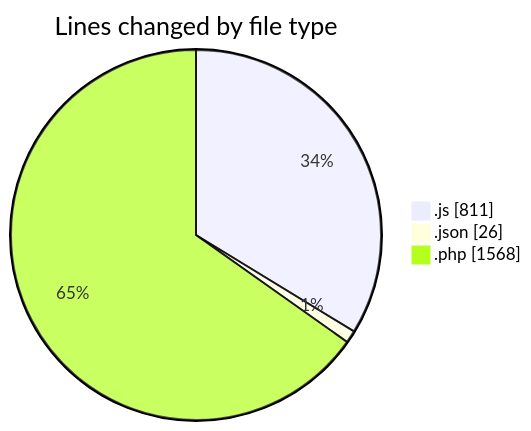
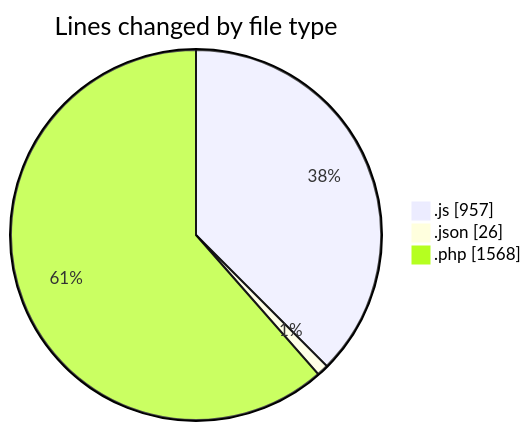
The first of 2 diagrams in 2025-10-01/untitled__workspace_/README.md (debugP/code-tracking), drawn with Mermaid before and after one commit. The commit also changed other lines of this file and 1 other file, not shown here.

````diff
--- a/2025-10-01/untitled__workspace_/README.md
+++ b/2025-10-01/untitled__workspace_/README.md
@@ -24,7 +25,7 @@
 ```mermaid
 pie showData
 title Lines changed by file type
-".js" : 811
+".js" : 957
 ".json" : 26
 ".php" : 1568
 ```
````
